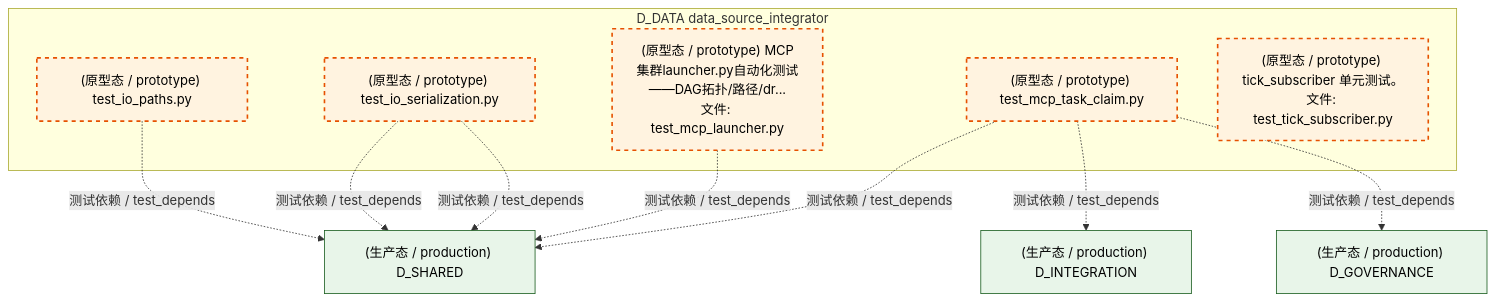
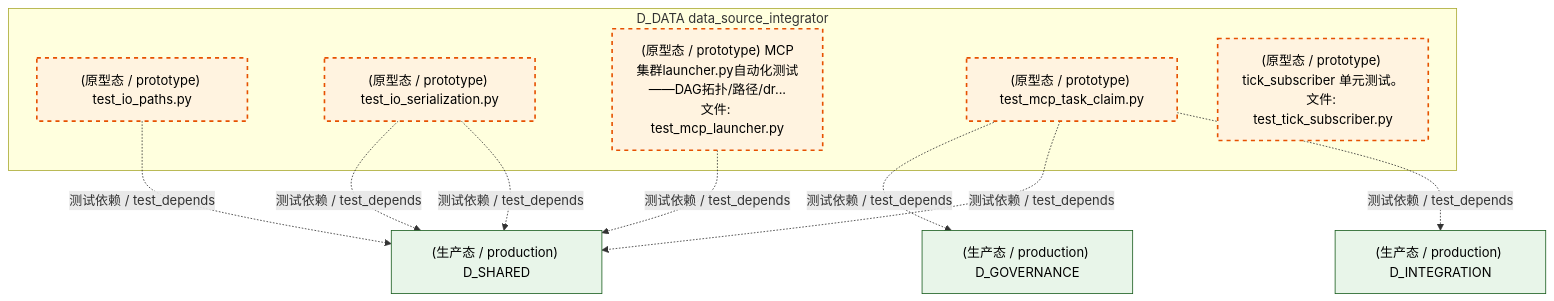
The third of 6 diagrams in docs/02_enterprise_architecture/02_domain_architecture_docs/61_d_data.md (xuanFelixVan/ZephyrAlpha), drawn with Mermaid before and after one commit. The commit also changed other lines of this file and 126 other files, not shown here.

````diff
--- a/docs/02_enterprise_architecture/02_domain_architecture_docs/61_d_data.md
+++ b/docs/02_enterprise_architecture/02_domain_architecture_docs/61_d_data.md
@@ -313,26 +311,26 @@
 ```mermaid
 graph TD
     subgraph D_DATA["D_DATA data_source_integrator"]
         tests_io_test_io_paths_py["(原型态 / prototype) test_io_paths.py"]
         tests_io_test_io_serialization_py["(原型态 / prototype) test_io_serialization.py"]
         tests_io_test_mcp_launcher_py["(原型态 / prototype) MCP集群launcher.py自动化测试——DAG拓扑/路径/dr...<br/>文件: test_mcp_launcher.py"]
         tests_io_test_mcp_task_claim_py["(原型态 / prototype) test_mcp_task_claim.py"]
         tests_zephyr_data_test_tick_subscriber_py["(原型态 / prototype) tick_subscriber 单元测试。<br/>文件: test_tick_subscriber.py"]
     end
+    D_GOVERNANCE["(生产态 / production) D_GOVERNANCE"]
+    tests_io_test_mcp_task_claim_py -.->|测试依赖 / test_depends| D_GOVERNANCE
     D_SHARED["(生产态 / production) D_SHARED"]
     tests_io_test_mcp_launcher_py -.->|测试依赖 / test_depends| D_SHARED
     tests_io_test_io_serialization_py -.->|测试依赖 / test_depends| D_SHARED
-    D_GOVERNANCE["(生产态 / production) D_GOVERNANCE"]
-    tests_io_test_mcp_task_claim_py -.->|测试依赖 / test_depends| D_GOVERNANCE
+    tests_io_test_mcp_task_claim_py -.->|测试依赖 / test_depends| D_SHARED
     D_INTEGRATION["(生产态 / production) D_INTEGRATION"]
     tests_io_test_mcp_task_claim_py -.->|测试依赖 / test_depends| D_INTEGRATION
     tests_io_test_io_serialization_py -.->|测试依赖 / test_depends| D_SHARED
-    tests_io_test_mcp_task_claim_py -.->|测试依赖 / test_depends| D_SHARED
     tests_io_test_io_paths_py -.->|测试依赖 / test_depends| D_SHARED
     classDef production fill:#e1f5fe,stroke:#01579b,stroke-width:2px,color:#000
     classDef design fill:#fff3e0,stroke:#e65100,stroke-width:2px,color:#000,stroke-dasharray: 5 5
     classDef external_prod fill:#e8f5e9,stroke:#1b5e20,stroke-width:1px,color:#000
     classDef external_design fill:#fce4ec,stroke:#880e4f,stroke-width:1px,color:#000,stroke-dasharray: 5 5
     class tests_io_test_io_paths_py,tests_io_test_io_serialization_py,tests_io_test_mcp_launcher_py,tests_io_test_mcp_task_claim_py,tests_zephyr_data_test_tick_subscriber_py design
-    class D_SHARED,D_GOVERNANCE,D_INTEGRATION external_prod
+    class D_GOVERNANCE,D_SHARED,D_INTEGRATION external_prod
 ```
````
